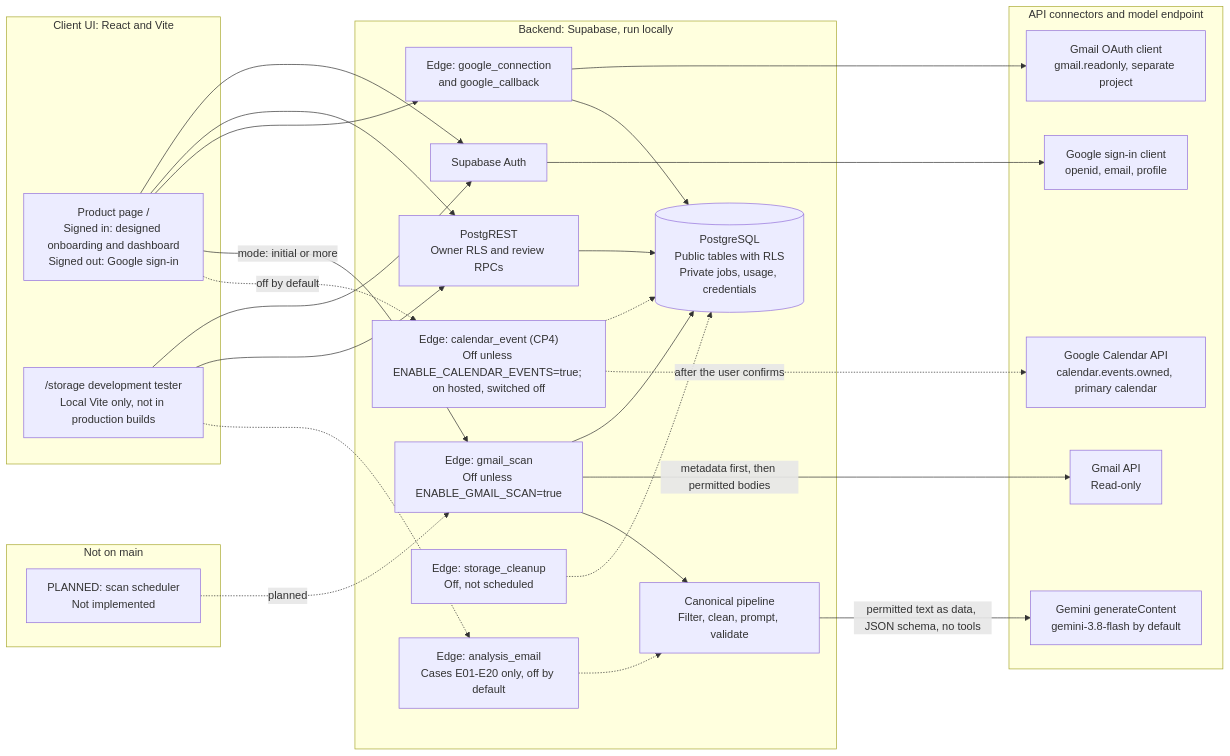
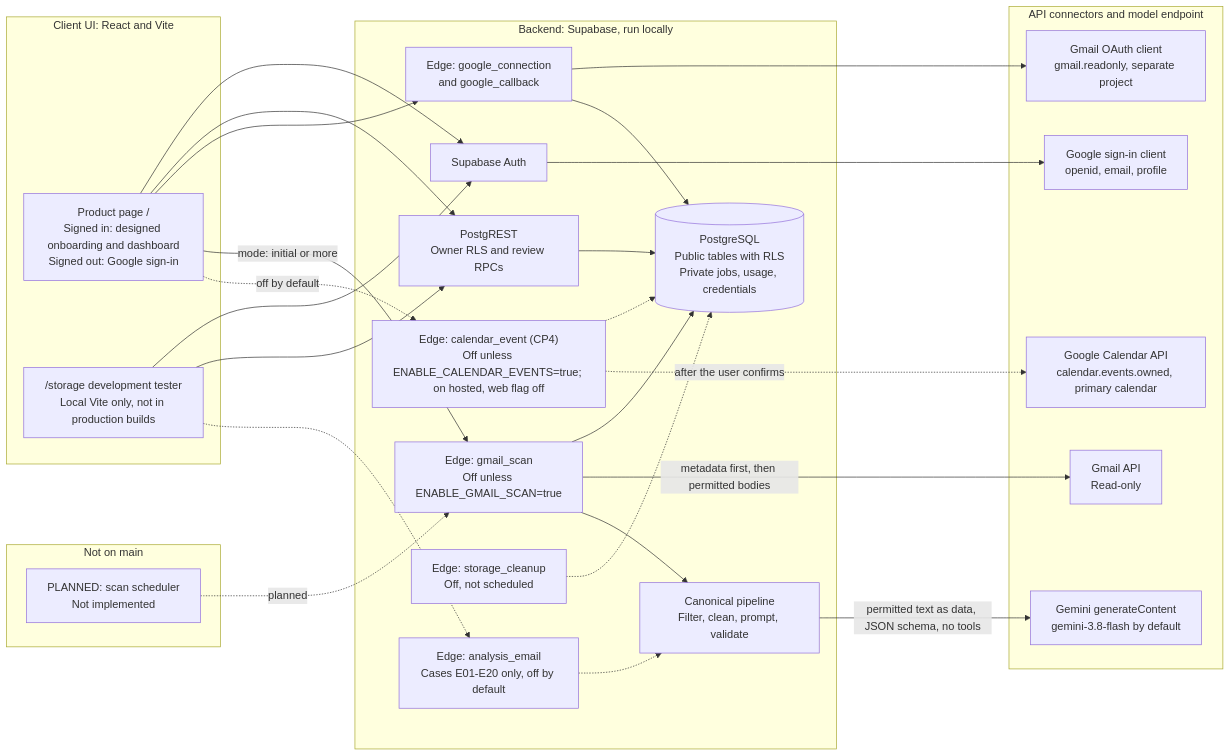
One commit to saniashah012/InboxToTask changed the first of 2 diagrams in Checkpoint 3/docs/architecture.md. Above: the diagram before and after it, drawn with Mermaid. The commit also changed other lines of this file and 3 other files, not shown here.

````diff
--- a/Checkpoint 3/docs/architecture.md
+++ b/Checkpoint 3/docs/architecture.md
@@ -21,53 +21,53 @@
 ```mermaid
 flowchart LR
   subgraph Client["Client UI: React and Vite"]
     Product["Product page /<br/>Signed in: designed onboarding and dashboard<br/>Signed out: Google sign-in"]
     Dev["/storage development tester<br/>Local Vite only, not in production builds"]
   end
 
   subgraph Backend["Backend: Supabase, run locally"]
     Auth["Supabase Auth"]
     Rest["PostgREST<br/>Owner RLS and review RPCs"]
     Connect["Edge: google_connection<br/>and google_callback"]
     Scan["Edge: gmail_scan<br/>Off unless ENABLE_GMAIL_SCAN=true"]
     Pipeline["Canonical pipeline<br/>Filter, clean, prompt, validate"]
     Fixture["Edge: analysis_email<br/>Cases E01-E20 only, off by default"]
     Cleanup["Edge: storage_cleanup<br/>Off, not scheduled"]
-    Calendar["Edge: calendar_event (CP4)<br/>Off unless ENABLE_CALENDAR_EVENTS=true; on hosted, switched off"]
+    Calendar["Edge: calendar_event (CP4)<br/>Off unless ENABLE_CALENDAR_EVENTS=true; on hosted, web flag off"]
     DB[("PostgreSQL<br/>Public tables with RLS<br/>Private jobs, usage, credentials")]
   end
 
   subgraph External["API connectors and model endpoint"]
     SignIn["Google sign-in client<br/>openid, email, profile"]
     GmailOAuth["Gmail OAuth client<br/>gmail.readonly, separate project"]
     GmailAPI["Gmail API<br/>Read-only"]
     Gemini["Gemini generateContent<br/>gemini-3.8-flash by default"]
     CalendarAPI["Google Calendar API<br/>calendar.events.owned, primary calendar"]
   end
 
   subgraph Absent["Not on main"]
     Scheduler["PLANNED: scan scheduler<br/>Not implemented"]
   end
 
   Product --> Auth
   Dev --> Auth
   Auth --> SignIn
   Product --> Rest
   Dev --> Rest
   Rest --> DB
   Product --> Connect
   Connect --> GmailOAuth
   Connect --> DB
   Product -- "mode: initial or more" --> Scan
   Scan --> DB
   Scan -- "metadata first, then permitted bodies" --> GmailAPI
   Scan --> Pipeline
   Pipeline -- "permitted text as data, JSON schema, no tools" --> Gemini
   Dev -.-> Fixture
   Fixture -.-> Pipeline
   Cleanup -.-> DB
   Scheduler -. "planned" .-> Scan
   Product -. "off by default" .-> Calendar
   Calendar -.-> DB
   Calendar -. "after the user confirms" .-> CalendarAPI
 ```
````
